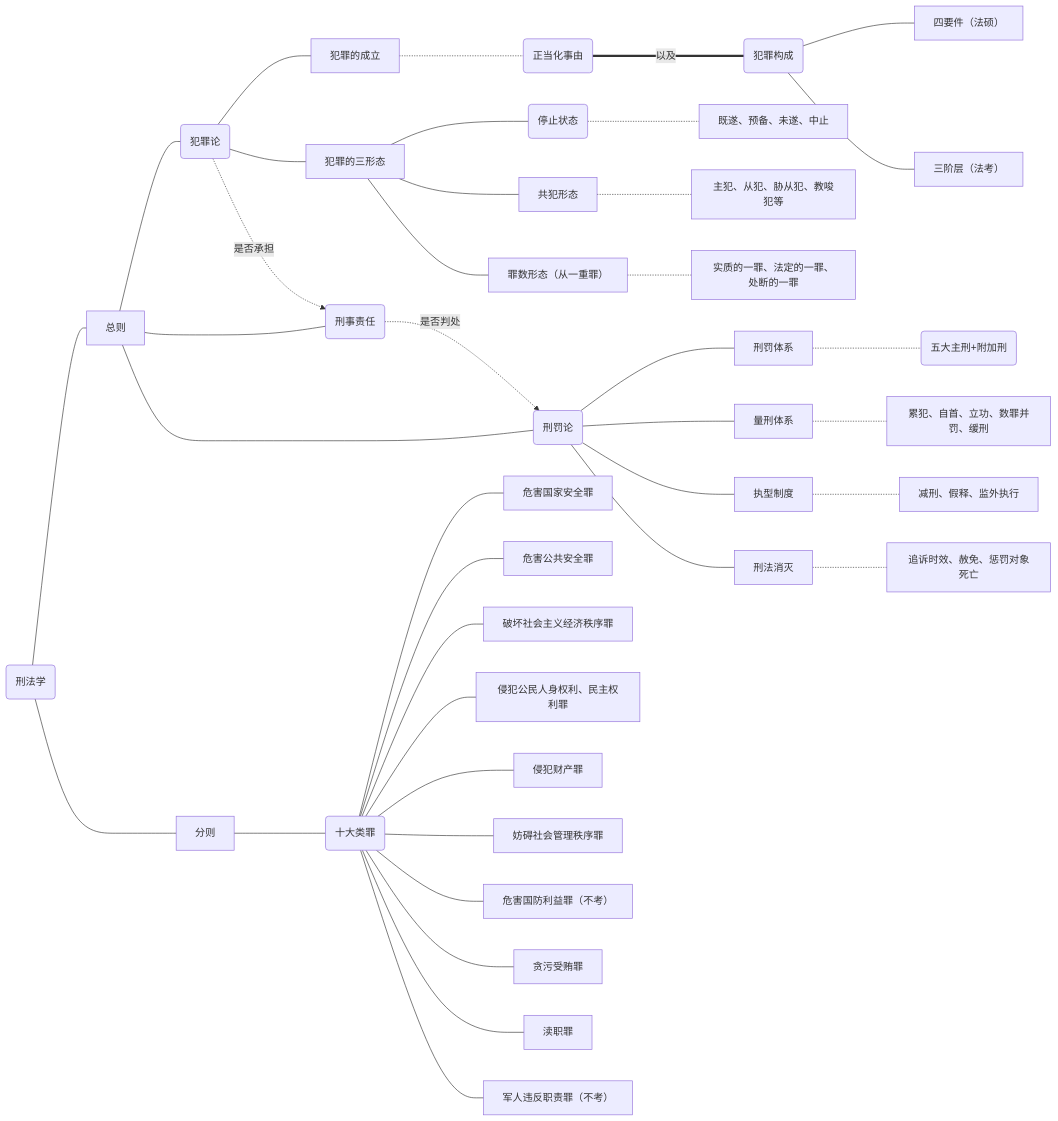
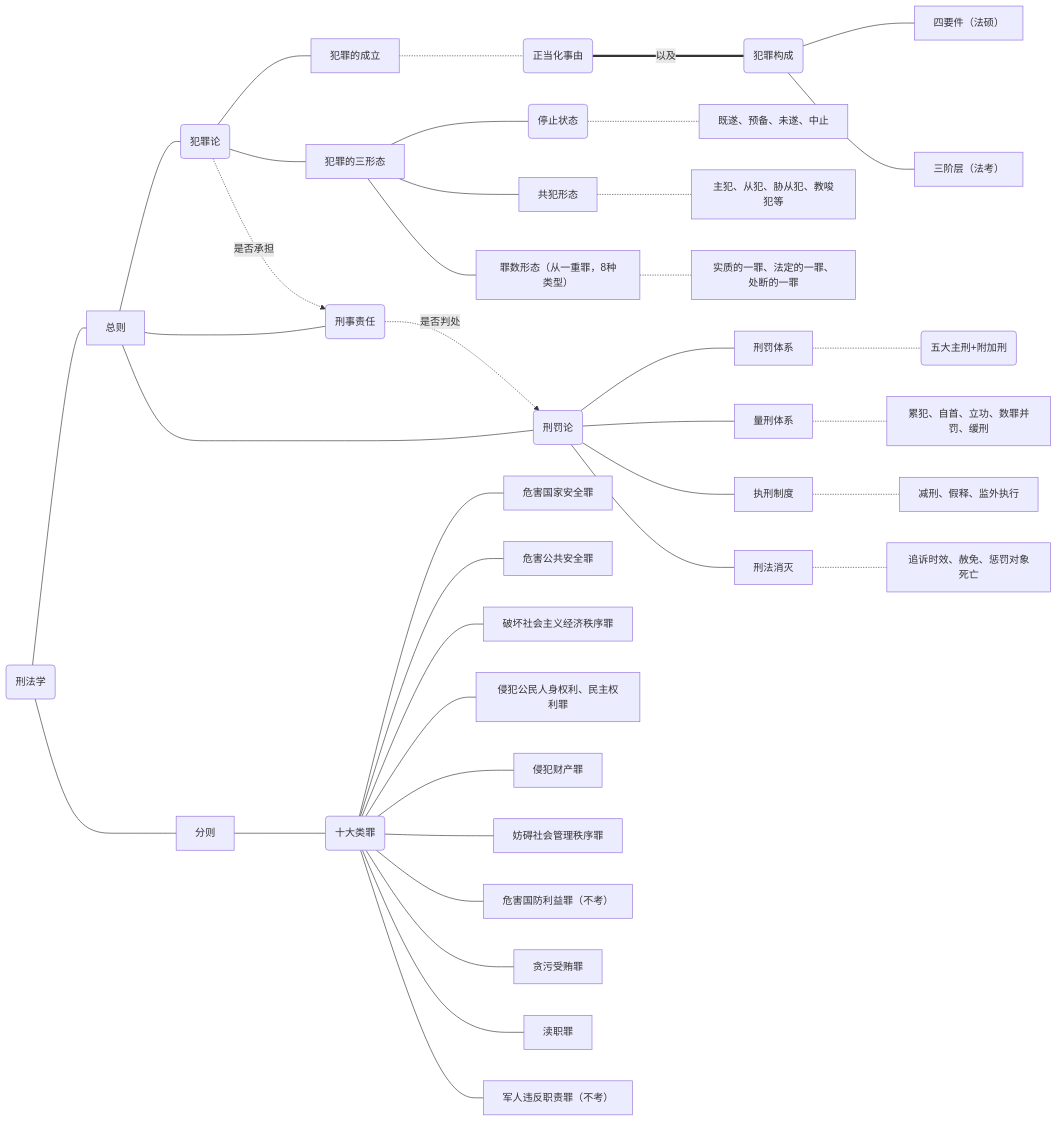
Before and after one commit to lin-nanxing/For-Law-Study: the diagram in 刑法学先修导论.md, drawn with Mermaid. The commit also changed other lines of this file and 5 other files, not shown here.

````diff
--- a/刑法学先修导论.md
+++ b/刑法学先修导论.md
@@ -25,33 +25,33 @@
     ```mermaid
     graph LR
     A(刑法学)---B1[总则]
     A(刑法学)----B2[分则] 
     B1[总则]---C1(犯罪论)  
     B1[总则]---C2(刑事责任)  
     B1[总则]---C3(刑罚论)  
     C1(犯罪论)-.->|是否承担|C2(刑事责任)-.->|是否判处|C3(刑罚论)  
     C1(犯罪论)---D1[犯罪的成立]  
     C1(犯罪论)---D2[犯罪的三形态]  
     D1[犯罪的成立]-.-E2(正当化事由)===|以及| E1(犯罪构成)  
     E1(犯罪构成)---F1[四要件（法硕）]  
     E1(犯罪构成)---F2[三阶层（法考）]
     D2[犯罪的三形态]---F3(停止状态)-.-G1[既遂、预备、未遂、中止]  
     D2[犯罪的三形态]---F4[共犯形态]-.-G2[主犯、从犯、胁从犯、教唆犯等]  
-    D2[犯罪的三形态]---F5[罪数形态（从一重罪）]-.-G3[实质的一罪、法定的一罪、处断的一罪]   
+    D2[犯罪的三形态]---F5[罪数形态（从一重罪，8种类型）]-.-G3[实质的一罪、法定的一罪、处断的一罪]   
     C3(刑罚论)---D3[刑罚体系]-.-E3(五大主刑+附加刑)
     C3(刑罚论)---D4[量刑体系]-.-
     E5[累犯、自首、立功、数罪并罚、缓刑]  
-    C3(刑罚论)---D5[执型制度]-.-E6[减刑、假释、监外执行]  
+    C3(刑罚论)---D5[执刑制度]-.-E6[减刑、假释、监外执行]  
     C3(刑罚论)---D6[刑法消灭]-.-E7[追诉时效、赦免、惩罚对象死亡]
     B2[分则]---C4(十大类罪)  
     C4(十大类罪)---D7[危害国家安全罪]  
     C4(十大类罪)---D8[危害公共安全罪]  
     C4(十大类罪)---D9[破坏社会主义经济秩序罪]  
     C4(十大类罪)---D10[侵犯公民人身权利、民主权利罪]  
     C4(十大类罪)---D11[侵犯财产罪]  
     C4(十大类罪)---D12[妨碍社会管理秩序罪]  
     C4(十大类罪)---D13[危害国防利益罪（不考）]  
     C4(十大类罪)---D14[贪污受贿罪]  
     C4(十大类罪)---D15[渎职罪]  
     C4(十大类罪)---D16[军人违反职责罪（不考）]
-    ```
+    ```  
````
